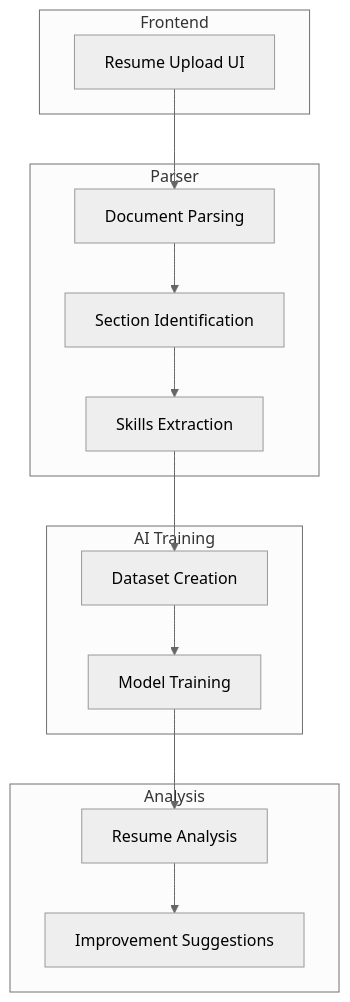
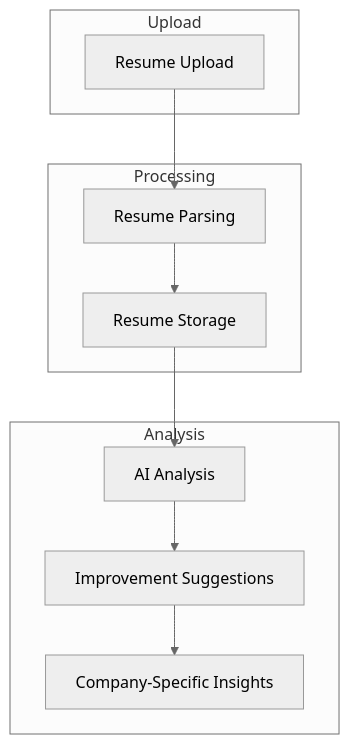
One commit to MaheshSharan/AI-Powered-Interview-Preparation-System-AIPS- changed the third of 6 diagrams in AIPS_Todo_List.md. Above: the diagram before and after it, drawn with Mermaid (neutral theme). The commit also changed other lines of this file and 87 other files, not shown here.

First line of the commit message:
refactor(resume): enhance resume parsing and analysis features

````diff
--- a/AIPS_Todo_List.md
+++ b/AIPS_Todo_List.md
@@ -130,30 +130,23 @@
 ```mermaid
 graph TD
-    A[Resume Upload UI] --> B[Document Parsing]
-    B --> C[Section Identification]
-    C --> D[Skills Extraction]
-    D --> E[Dataset Creation]
-    E --> F[Model Training]
-    F --> G[Resume Analysis]
-    G --> H[Improvement Suggestions]
+    A[Resume Upload] --> B[Resume Parsing]
+    B --> C[Resume Storage]
+    C --> D[AI Analysis]
+    D --> E[Improvement Suggestions]
+    E --> F[Company-Specific Insights]
     
-    subgraph Frontend
+    subgraph Upload
     A
     end
     
-    subgraph Parser
+    subgraph Processing
     B
     C
-    D
     end
     
-    subgraph AI Training
+    subgraph Analysis
+    D
     E
     F
     end
-    
-    subgraph Analysis
-    G
-    H
-    end
 ```
````
